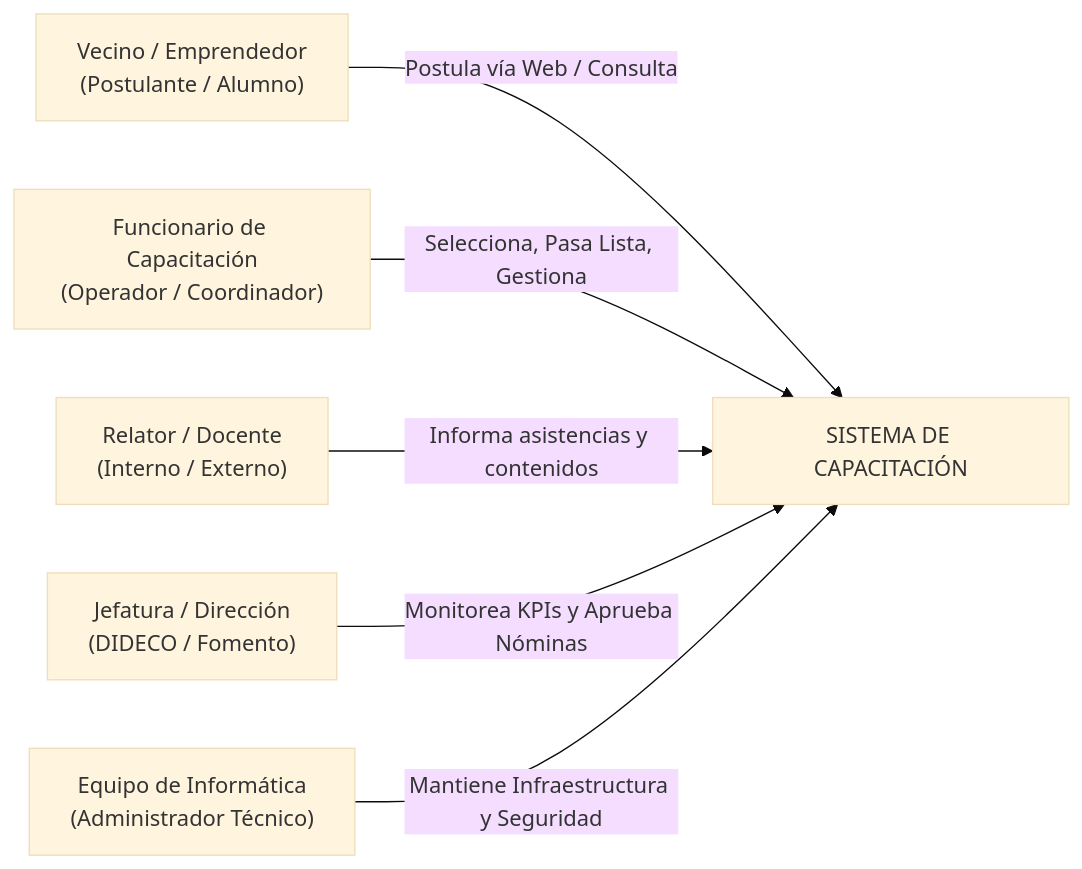
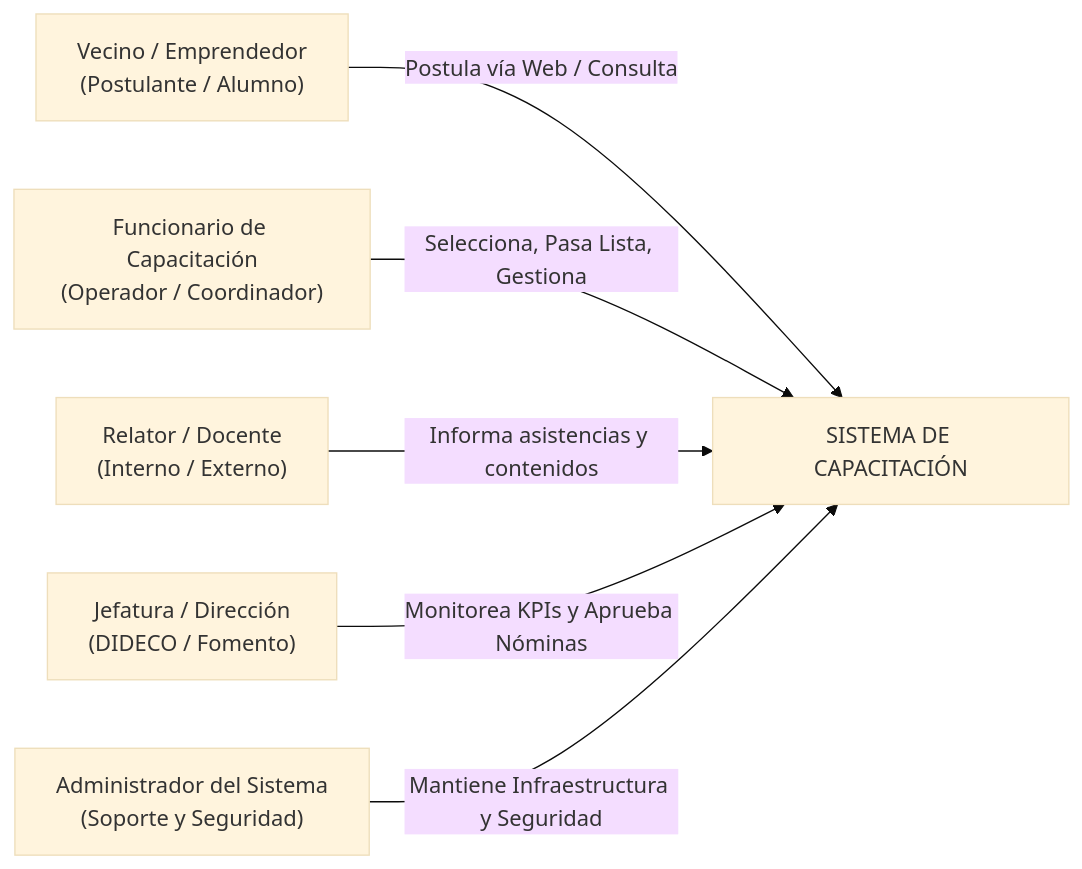
One commit to msegovia1/Proyectos-Appscript-Capacitacion changed the first of 2 diagrams in documentacion_informatica/00_RESUMEN_EJECUTIVO_Y_ALCANCE.md. Above: the diagram before and after it, drawn with Mermaid (base theme). The commit also changed other lines of this file and 5 other files, not shown here.

````diff
--- a/documentacion_informatica/00_RESUMEN_EJECUTIVO_Y_ALCANCE.md
+++ b/documentacion_informatica/00_RESUMEN_EJECUTIVO_Y_ALCANCE.md
@@ -32,8 +32,8 @@
 ```mermaid
 flowchart LR
     V["Vecino / Emprendedor\n(Postulante / Alumno)"] -->|Postula vía Web / Consulta| SIS["SISTEMA DE CAPACITACIÓN"]
     F["Funcionario de Capacitación\n(Operador / Coordinador)"] -->|Selecciona, Pasa Lista, Gestiona| SIS
     R["Relator / Docente\n(Interno / Externo)"] -->|Informa asistencias y contenidos| SIS
     J["Jefatura / Dirección\n(DIDECO / Fomento)"] -->|Monitorea KPIs y Aprueba Nóminas| SIS
-    I["Equipo de Informática\n(Administrador Técnico)"] -->|Mantiene Infraestructura y Seguridad| SIS
+    I["Administrador del Sistema\n(Soporte y Seguridad)"] -->|Mantiene Infraestructura y Seguridad| SIS
 ```
````
